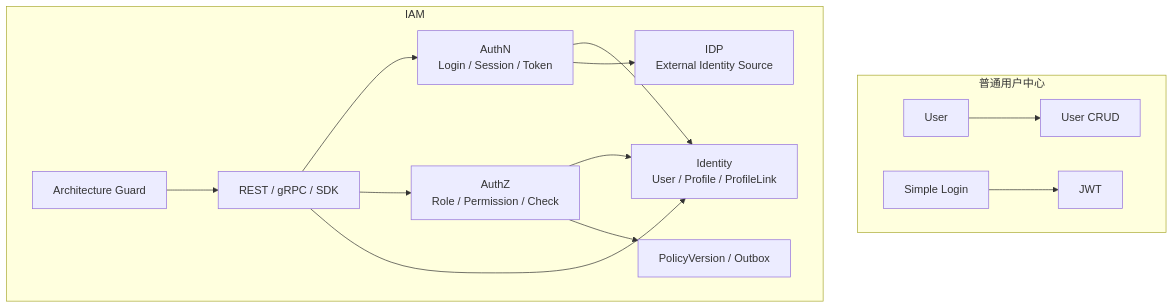
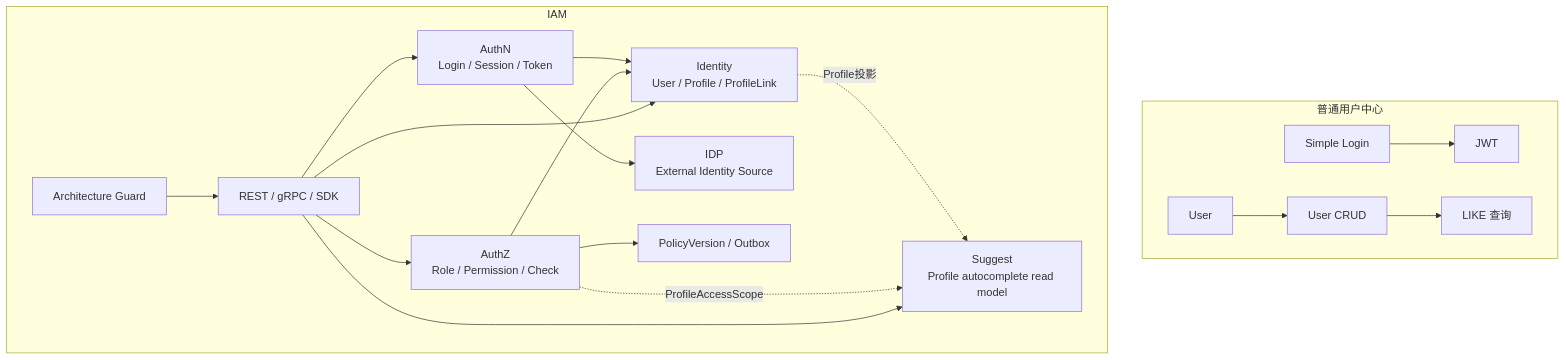
One commit to FangcunMount/iam changed the second of 35 diagrams in docs/07-宣讲/12-架构图素材索引.md. Above: the diagram before and after it, drawn with Mermaid. The commit also changed other lines of this file and 16 other files, not shown here.

````diff
--- a/docs/07-宣讲/12-架构图素材索引.md
+++ b/docs/07-宣讲/12-架构图素材索引.md
@@ -200,30 +196,36 @@
 ```mermaid
 flowchart TB
     subgraph UserCenter["普通用户中心"]
         UCUser["User"]
         UCCRUD["User CRUD"]
         UCLogin["Simple Login"]
         UCJWT["JWT"]
+        UCSearch["LIKE 查询"]
         UCUser --> UCCRUD
         UCLogin --> UCJWT
+        UCCRUD --> UCSearch
     end
 
     subgraph IAM["IAM"]
         AuthN["AuthN<br/>Login / Session / Token"]
         AuthZ["AuthZ<br/>Role / Permission / Check"]
         Identity["Identity<br/>User / Profile / ProfileLink"]
         IDP["IDP<br/>External Identity Source"]
+        Suggest["Suggest<br/>Profile autocomplete read model"]
         Access["REST / gRPC / SDK"]
         Outbox["PolicyVersion / Outbox"]
         Guard["Architecture Guard"]
 
         AuthN --> Identity
         AuthZ --> Identity
         AuthN --> IDP
+        Identity -.Profile投影.-> Suggest
+        AuthZ -.ProfileAccessScope.-> Suggest
         AuthZ --> Outbox
         Access --> AuthN
         Access --> AuthZ
         Access --> Identity
+        Access --> Suggest
         Guard --> Access
     end
 ```
````
